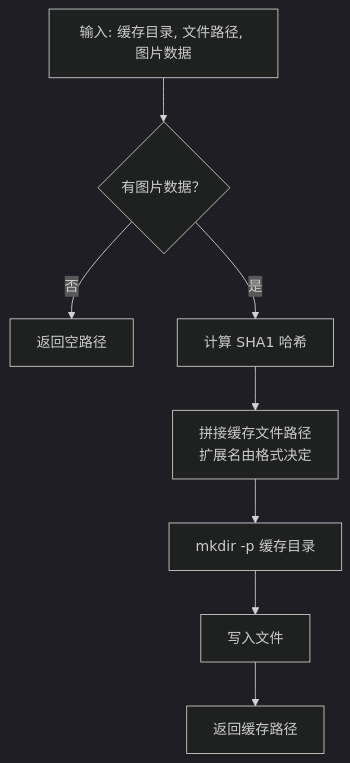
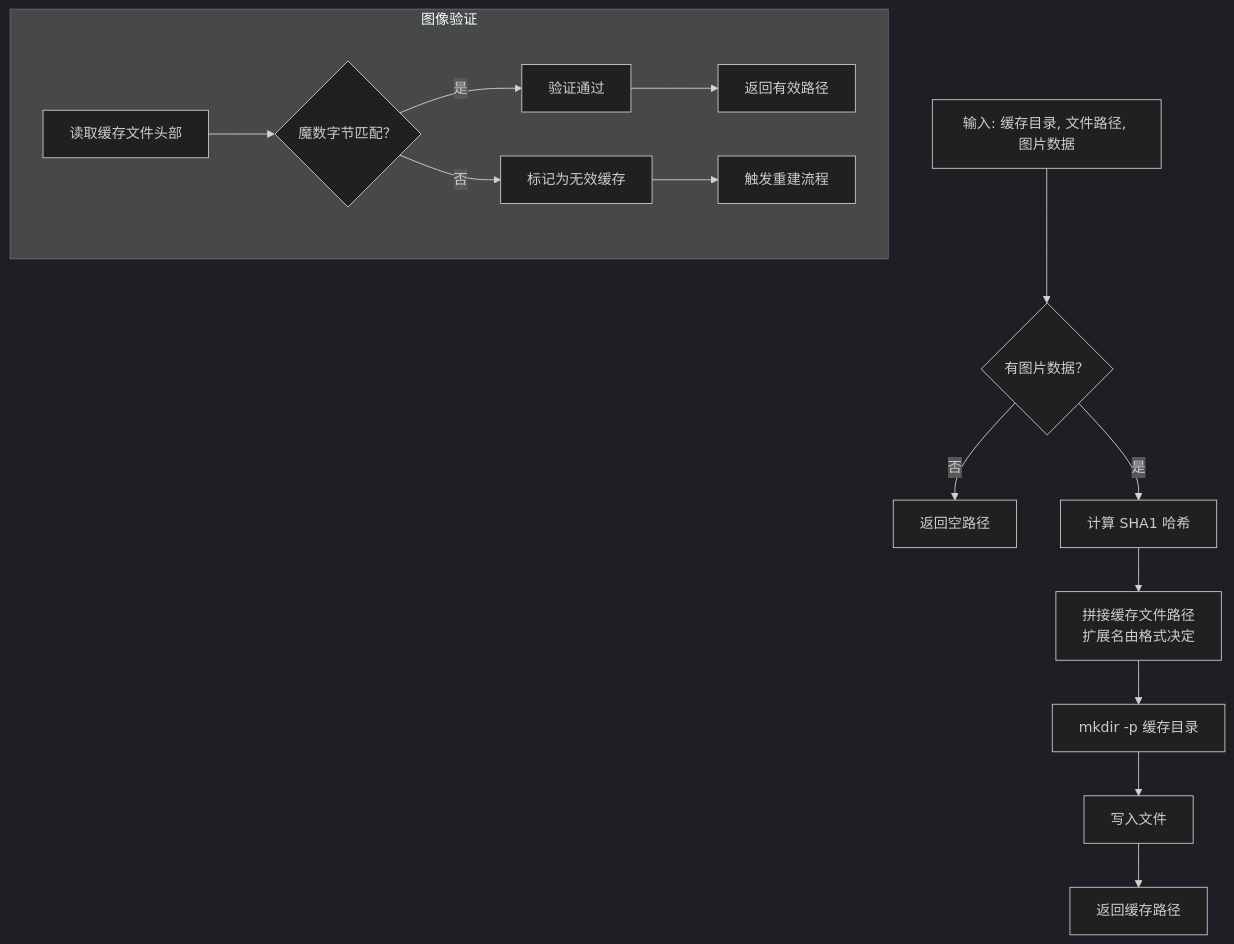
One commit to SeakyLuo/SMPlayerElectron changed the fourth of 6 diagrams in .qoder/repowiki/zh/content/核心模块/主进程服务模块/艺术作品服务.md. Above: the diagram before and after it, drawn with Mermaid (dark theme). The commit also changed other lines of this file and 13 other files, not shown here.

````diff
--- a/.qoder/repowiki/zh/content/核心模块/主进程服务模块/艺术作品服务.md
+++ b/.qoder/repowiki/zh/content/核心模块/主进程服务模块/艺术作品服务.md
@@ -194,10 +209,17 @@
 ```mermaid
 flowchart TD
 A["输入: 缓存目录, 文件路径, 图片数据"] --> B{"有图片数据？"}
 B --> |否| E["返回空路径"]
 B --> |是| C["计算 SHA1 哈希"]
 C --> D["拼接缓存文件路径<br/>扩展名由格式决定"]
 D --> F["mkdir -p 缓存目录"]
 F --> G["写入文件"]
 G --> H["返回缓存路径"]
+subgraph "图像验证"
+I["读取缓存文件头部"] --> J{"魔数字节匹配？"}
+J --> |是| K["验证通过"]
+J --> |否| L["标记为无效缓存"]
+K --> M["返回有效路径"]
+L --> N["触发重建流程"]
+end
 ```
````
